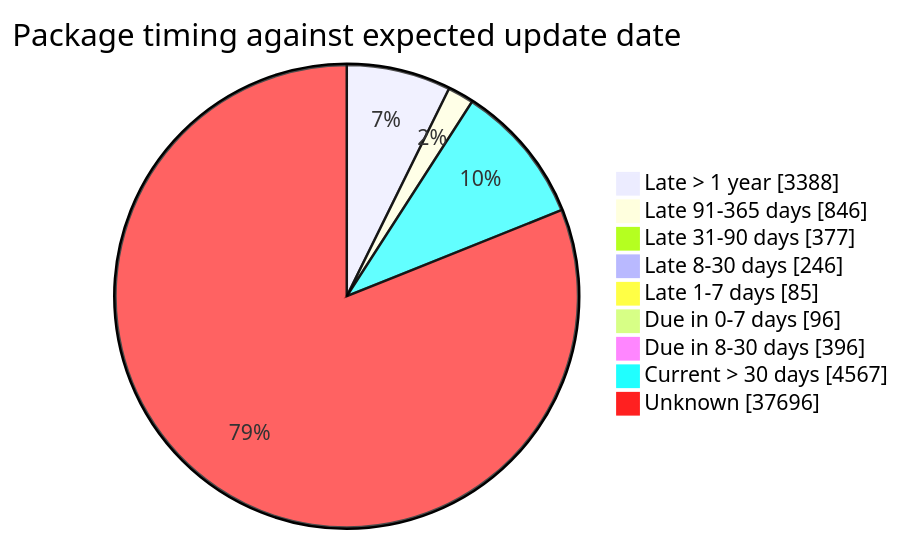
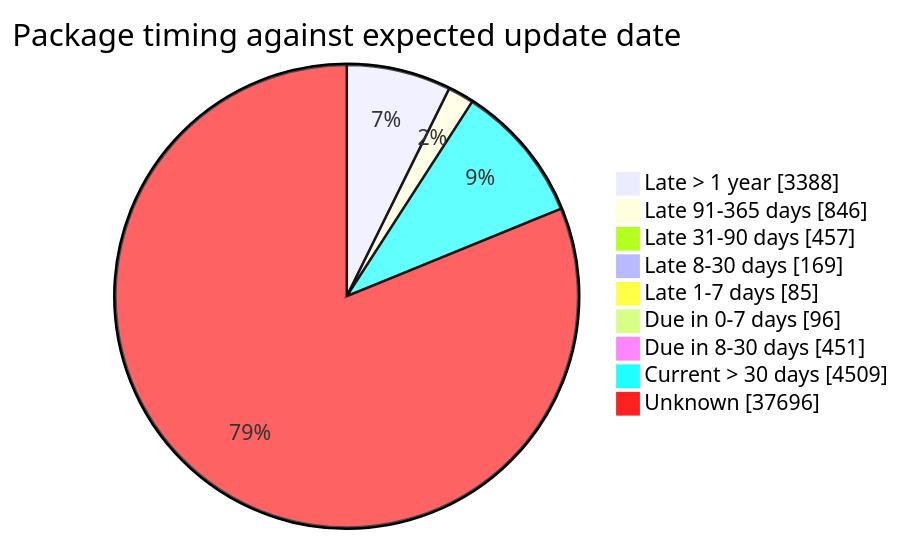
The fourth of 5 diagrams in FreshCheck/README.md (open-data/analytics-corporate-reporting), drawn with Mermaid before and after one commit. The commit also changed other lines of this file and 3 other files, not shown here.

````diff
--- a/FreshCheck/README.md
+++ b/FreshCheck/README.md
@@ -86,12 +86,12 @@
 ```mermaid
 pie showData title Package timing against expected update date
     "Late > 1 year": 3388
     "Late 91-365 days": 846
-    "Late 31-90 days": 377
-    "Late 8-30 days": 246
+    "Late 31-90 days": 457
+    "Late 8-30 days": 169
     "Late 1-7 days": 85
     "Due in 0-7 days": 96
-    "Due in 8-30 days": 396
-    "Current > 30 days": 4567
+    "Due in 8-30 days": 451
+    "Current > 30 days": 4509
     "Unknown": 37696
 ```
````
